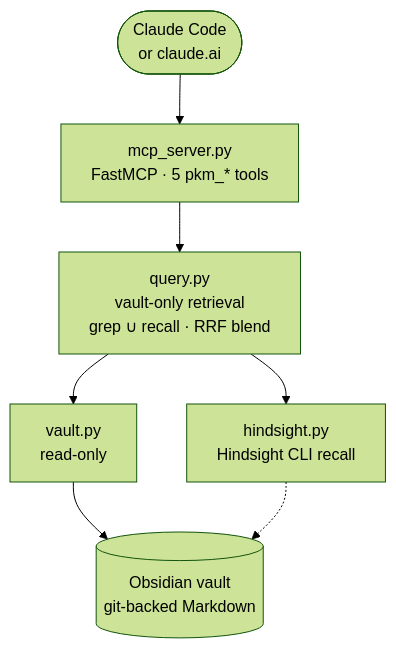
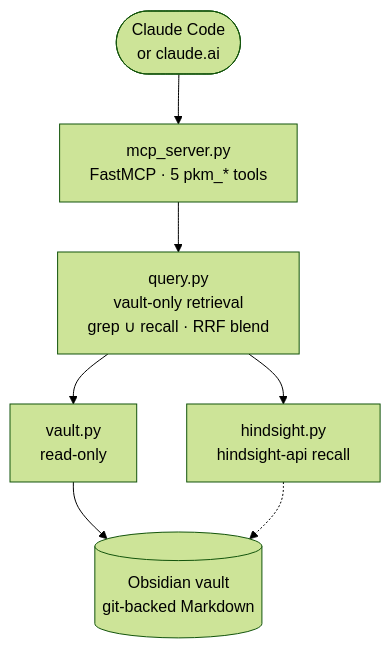
The second of 2 diagrams in docs/explanations/architecture.md (gilesknap/thoth), drawn with Mermaid (forest theme) before and after one commit. The commit also changed other lines of this file and 15 other files, not shown here.

````diff
--- a/docs/explanations/architecture.md
+++ b/docs/explanations/architecture.md
@@ -88,10 +88,10 @@
 ```{mermaid}
 flowchart TB
     cc(["Claude Code<br>or claude.ai"])
     cc --> mcp["mcp_server.py<br>FastMCP · 5 pkm_* tools"]
     mcp --> qry["query.py<br>vault-only retrieval<br>grep ∪ recall · RRF blend"]
     qry --> va["vault.py<br>read-only"]
-    qry --> hs["hindsight.py<br>Hindsight CLI recall"]
+    qry --> hs["hindsight.py<br>hindsight-api recall"]
     va --> ov[("Obsidian vault<br>git-backed Markdown")]
     hs -.-> ov
 ```
````
